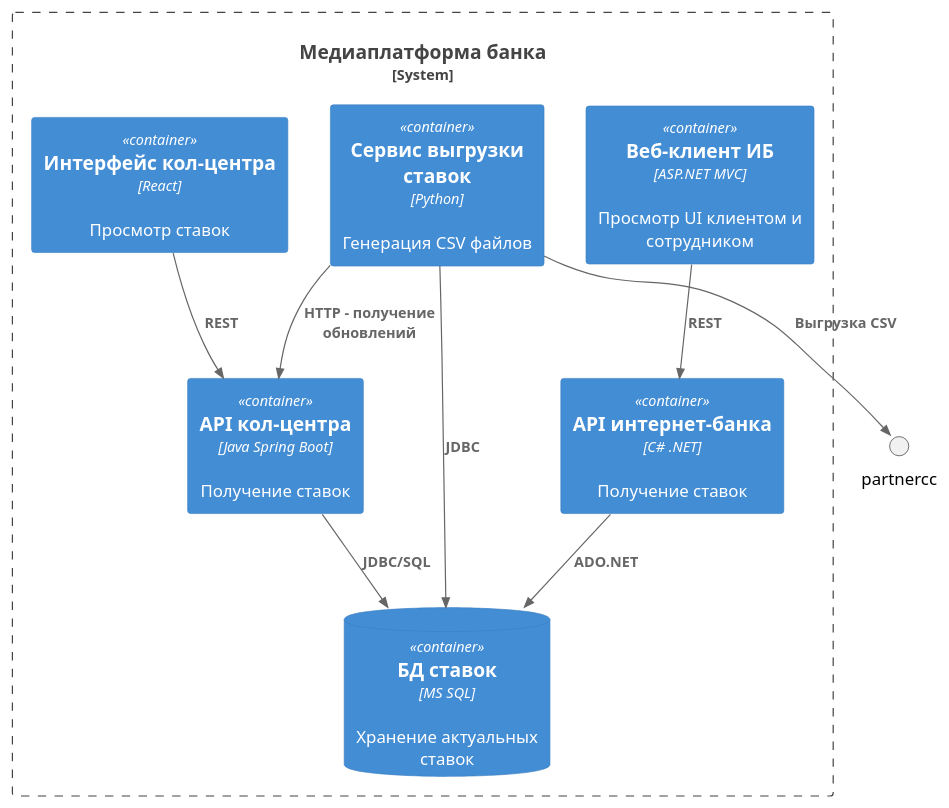
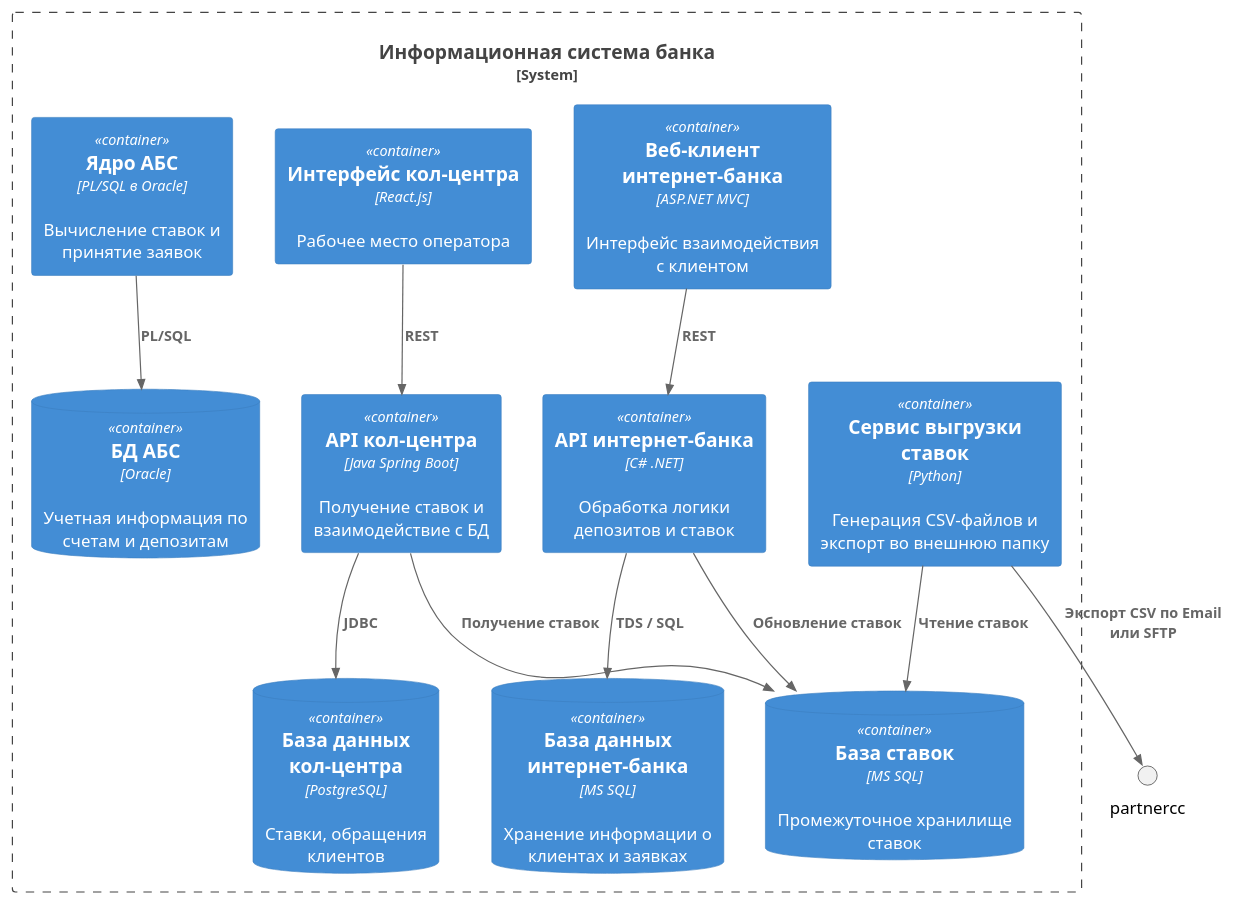
Before and after one commit to defaktor/architecture-sprint-9: the second of 2 diagrams in docs/Task4/index.md, drawn with PlantUML. The commit also changed other lines of this file and 1 other file, not shown here.

Commit message:
Add improvements

````diff
--- a/docs/Task4/index.md
+++ b/docs/Task4/index.md
@@ -57,22 +57,31 @@
 ```puml
 @startuml
 !includeurl https://raw.githubusercontent.com/plantuml-stdlib/C4-PlantUML/master/C4_Container.puml
 
-System_Boundary(std_bank, "Медиаплатформа банка") {
-    Container(ib_ui, "Веб-клиент ИБ", "ASP.NET MVC", "Просмотр UI клиентом и сотрудником")
-    Container(ib_api, "API интернет-банка", "C# .NET", "Получение ставок")
-    Container(callcenter_ui, "Интерфейс кол-центра", "React", "Просмотр ставок")
-    Container(callcenter_api, "API кол-центра", "Java Spring Boot", "Получение ставок")
-    Container(xls_sync, "Сервис выгрузки ставок", "Python", "Генерация CSV файлов")
-    ContainerDb(ms_sql, "БД ставок", "MS SQL", "Хранение актуальных ставок")
+System_Boundary(std_bank, "Информационная система банка") {
+    Container(ib_ui, "Веб-клиент интернет-банка", "ASP.NET MVC", "Интерфейс взаимодействия с клиентом")
+    Container(ib_api, "API интернет-банка", "C# .NET", "Обработка логики депозитов и ставок")
+    ContainerDb(ib_db, "База данных интернет-банка", "MS SQL", "Хранение информации о клиентах и заявках")
+
+    Container(callcenter_ui, "Интерфейс кол-центра", "React.js", "Рабочее место оператора")
+    Container(callcenter_api, "API кол-центра", "Java Spring Boot", "Получение ставок и взаимодействие с БД")
+    ContainerDb(callcenter_db, "База данных кол-центра", "PostgreSQL", "Ставки, обращения клиентов")
+
+    Container(xls_exporter, "Сервис выгрузки ставок", "Python", "Генерация CSV-файлов и экспорт во внешнюю папку")
+    ContainerDb(rates_db, "База ставок", "MS SQL", "Промежуточное хранилище ставок")
+
+    Container(ibs_core, "Ядро АБС", "PL/SQL в Oracle", "Вычисление ставок и принятие заявок")
+    ContainerDb(ibs_db, "БД АБС", "Oracle", "Учетная информация по счетам и депозитам")
 }
 
 Rel(ib_ui, ib_api, "REST")
+Rel(ib_api, ib_db, "TDS / SQL")
+Rel(ib_api, rates_db, "Обновление ставок")
 Rel(callcenter_ui, callcenter_api, "REST")
-Rel(callcenter_api, ms_sql, "JDBC/SQL")
-Rel(ib_api, ms_sql, "ADO.NET")
-Rel(xls_sync, ms_sql, "JDBC")
-Rel(xls_sync, callcenter_api, "HTTP - получение обновлений")
-Rel(xls_sync, partnercc, "Выгрузка CSV")
+Rel(callcenter_api, callcenter_db, "JDBC")
+Rel(callcenter_api, rates_db, "Получение ставок")
+Rel(xls_exporter, rates_db, "Чтение ставок")
+Rel(xls_exporter, partnercc, "Экспорт CSV по Email или SFTP")
+Rel(ibs_core, ibs_db, "PL/SQL")
 @enduml
 ```
````
